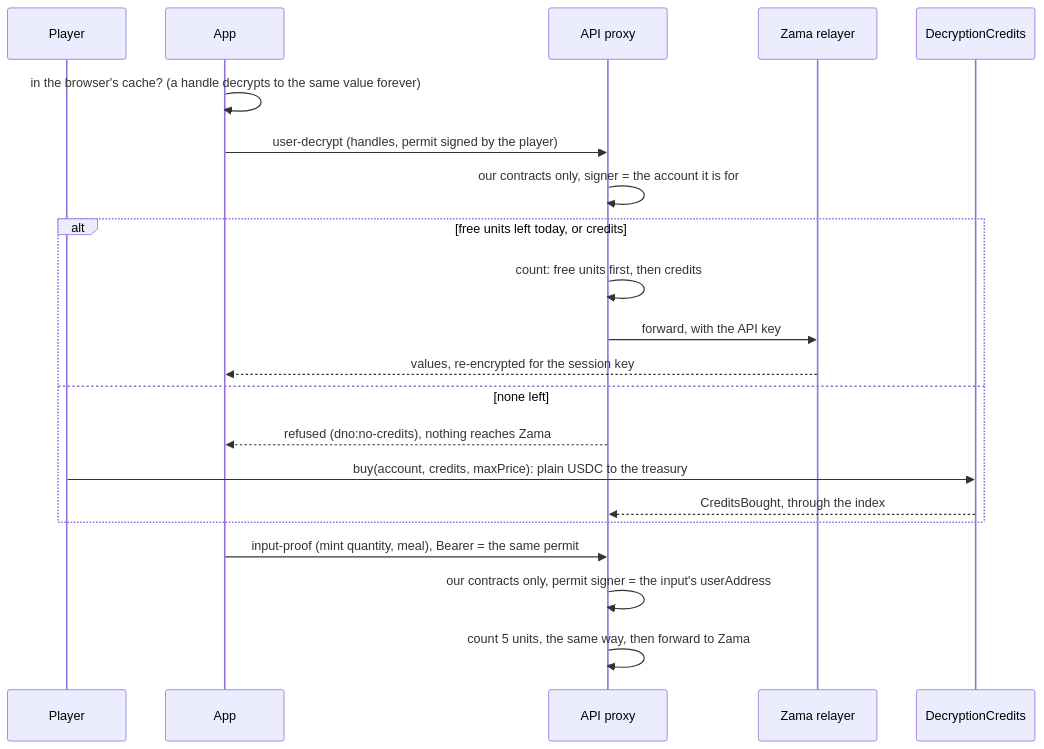
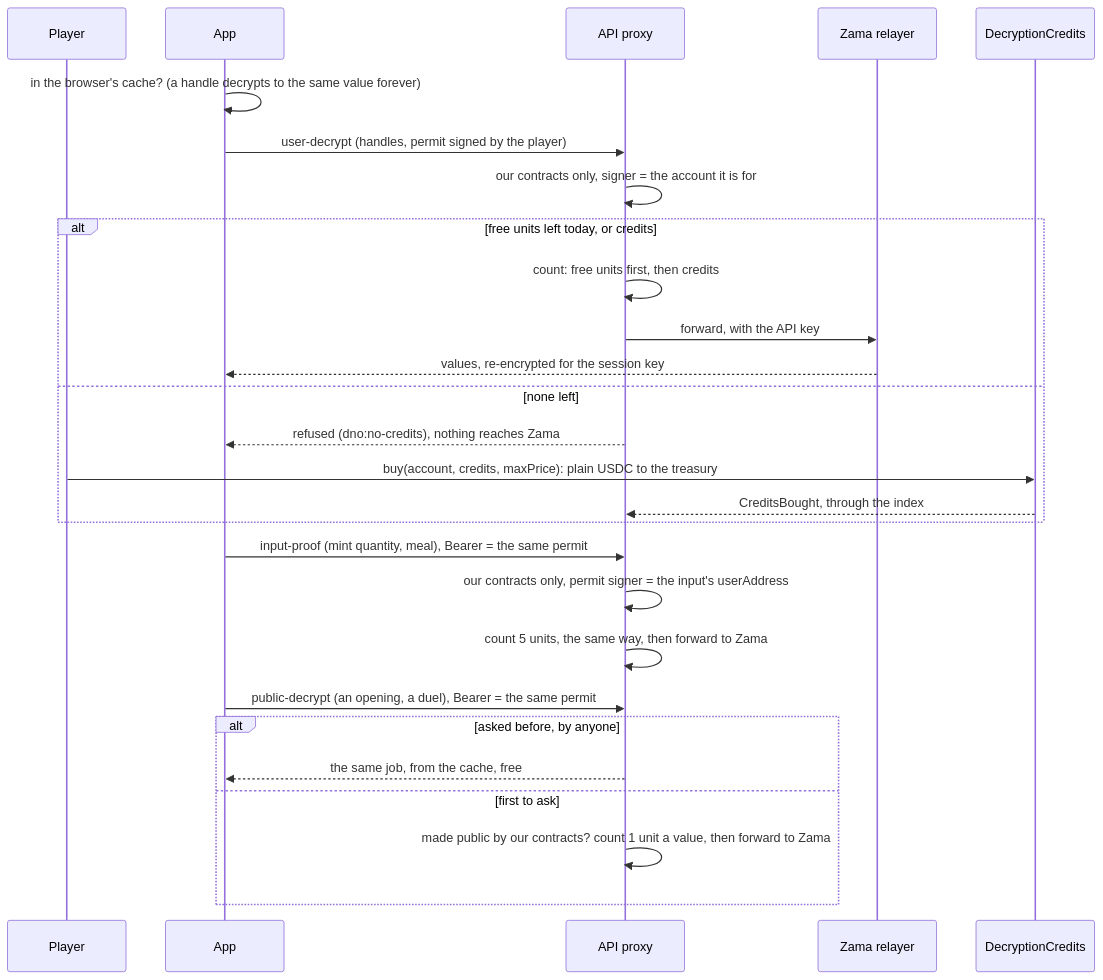
Diagram 22 of 41 in docs/FLOWS.md (jecombe/do_not_open), drawn with Mermaid before and after one commit. The commit also changed other lines of this file and 25 other files, not shown here.

Commit message:
Charge public decryptions to the wallet that asks Zama first, so duels posted in a loop spend the griefer's units and not the collection's money

````diff
--- a/docs/FLOWS.md
+++ b/docs/FLOWS.md
@@ -747,23 +747,29 @@
 ```mermaid
 sequenceDiagram
   participant U as Player
   participant App
   participant P as API proxy
   participant K as Zama relayer
   participant DC as DecryptionCredits
   App->>App: in the browser's cache? (a handle decrypts to the same value forever)
   App->>P: user-decrypt (handles, permit signed by the player)
   P->>P: our contracts only, signer = the account it is for
   alt free units left today, or credits
     P->>P: count: free units first, then credits
     P->>K: forward, with the API key
     K-->>App: values, re-encrypted for the session key
   else none left
     P-->>App: refused (dno:no-credits), nothing reaches Zama
     U->>DC: buy(account, credits, maxPrice): plain USDC to the treasury
     DC-->>P: CreditsBought, through the index
   end
   App->>P: input-proof (mint quantity, meal), Bearer = the same permit
   P->>P: our contracts only, permit signer = the input's userAddress
   P->>P: count 5 units, the same way, then forward to Zama
+  App->>P: public-decrypt (an opening, a duel), Bearer = the same permit
+  alt asked before, by anyone
+    P-->>App: the same job, from the cache, free
+  else first to ask
+    P->>P: made public by our contracts? count 1 unit a value, then forward to Zama
+  end
 ```
````
